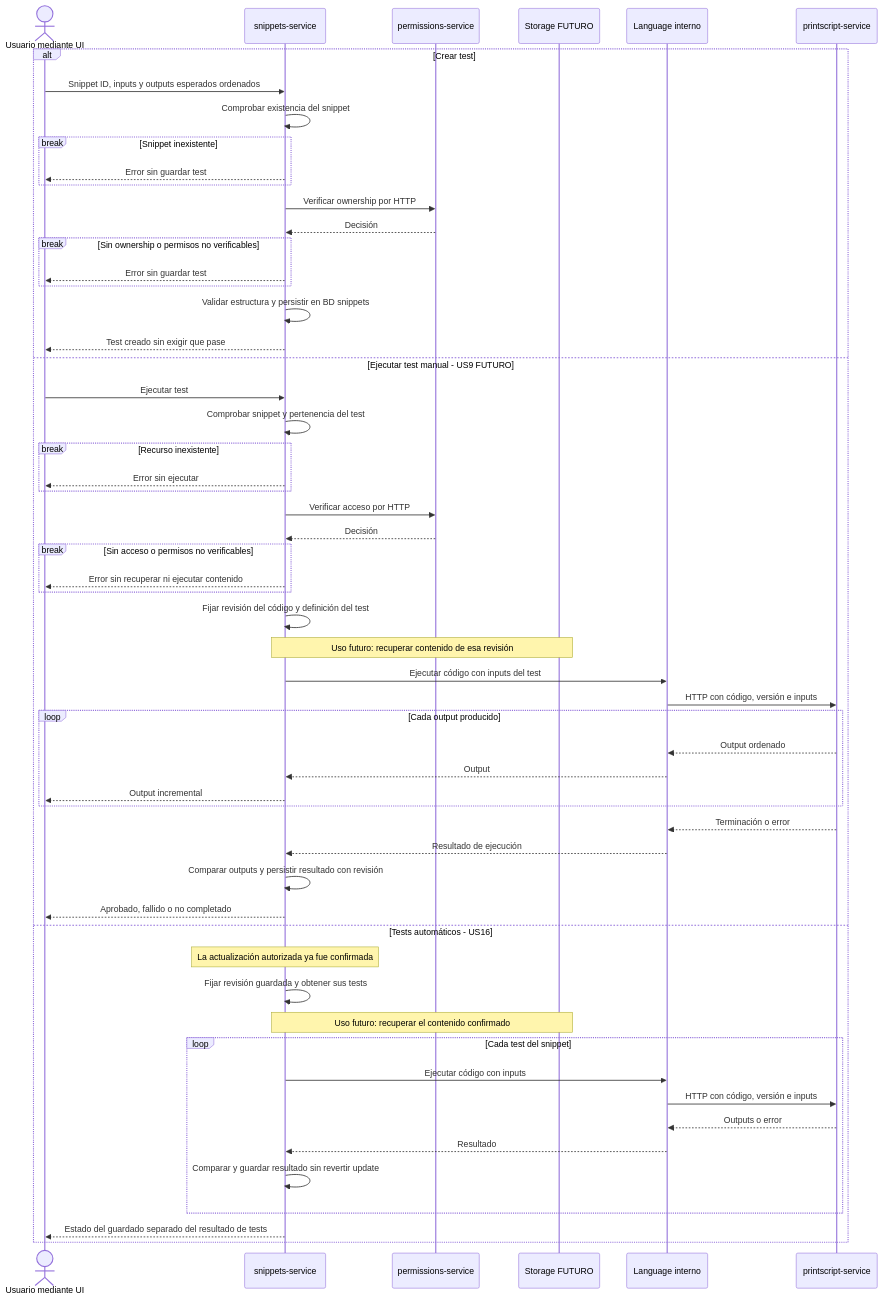
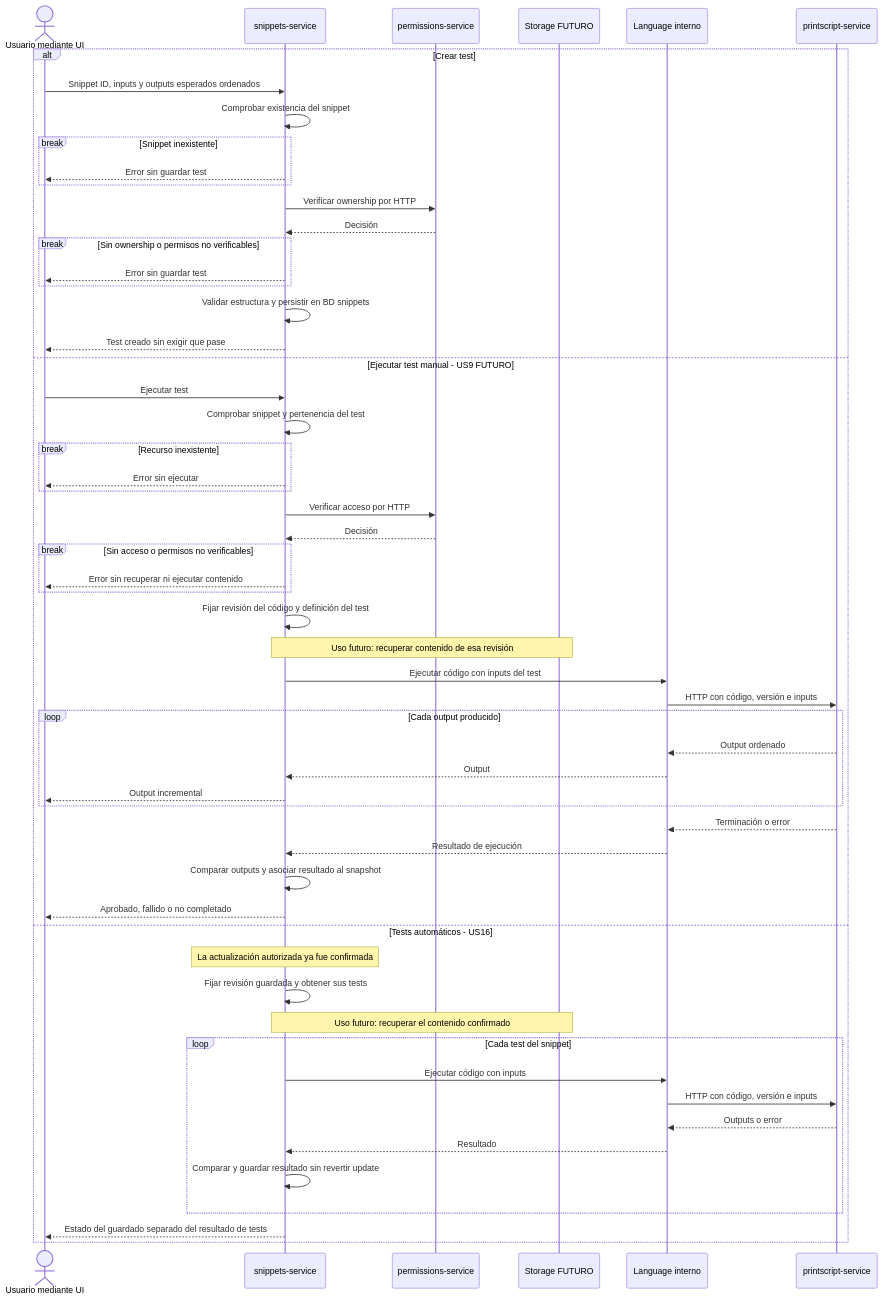
The diagram in docs/architecture/flows/tests.md (JJT-INGSIS/snippet-searcher-infra), drawn with Mermaid before and after one commit. The commit also changed other lines of this file and 6 other files, not shown here.

First line of the commit message:
docs(architecture): define incremental execution contract (SNI-45) (#18)

````diff
--- a/docs/architecture/flows/tests.md
+++ b/docs/architecture/flows/tests.md
@@ -5,60 +10,60 @@
 ```mermaid
 sequenceDiagram
     actor UI as Usuario mediante UI
     participant S as snippets-service
     participant P as permissions-service
     participant ST as Storage FUTURO
     participant L as Language interno
     participant PS as printscript-service
 
     alt Crear test
         UI->>S: Snippet ID, inputs y outputs esperados ordenados
         S->>S: Comprobar existencia del snippet
         break Snippet inexistente
             S-->>UI: Error sin guardar test
         end
         S->>P: Verificar ownership por HTTP
         P-->>S: Decisión
         break Sin ownership o permisos no verificables
             S-->>UI: Error sin guardar test
         end
         S->>S: Validar estructura y persistir en BD snippets
         S-->>UI: Test creado sin exigir que pase
     else Ejecutar test manual - US9 FUTURO
         UI->>S: Ejecutar test
         S->>S: Comprobar snippet y pertenencia del test
         break Recurso inexistente
             S-->>UI: Error sin ejecutar
         end
         S->>P: Verificar acceso por HTTP
         P-->>S: Decisión
         break Sin acceso o permisos no verificables
             S-->>UI: Error sin recuperar ni ejecutar contenido
         end
         S->>S: Fijar revisión del código y definición del test
         Note over S,ST: Uso futuro: recuperar contenido de esa revisión
         S->>L: Ejecutar código con inputs del test
         L->>PS: HTTP con código, versión e inputs
         loop Cada output producido
             PS-->>L: Output ordenado
             L-->>S: Output
             S-->>UI: Output incremental
         end
         PS-->>L: Terminación o error
         L-->>S: Resultado de ejecución
-        S->>S: Comparar outputs y persistir resultado con revisión
+        S->>S: Comparar outputs y asociar resultado al snapshot
         S-->>UI: Aprobado, fallido o no completado
     else Tests automáticos - US16
         Note over S: La actualización autorizada ya fue confirmada
         S->>S: Fijar revisión guardada y obtener sus tests
         Note over S,ST: Uso futuro: recuperar el contenido confirmado
         loop Cada test del snippet
             S->>L: Ejecutar código con inputs
             L->>PS: HTTP con código, versión e inputs
             PS-->>L: Outputs o error
             L-->>S: Resultado
             S->>S: Comparar y guardar resultado sin revertir update
         end
         S-->>UI: Estado del guardado separado del resultado de tests
     end
 ```
````
